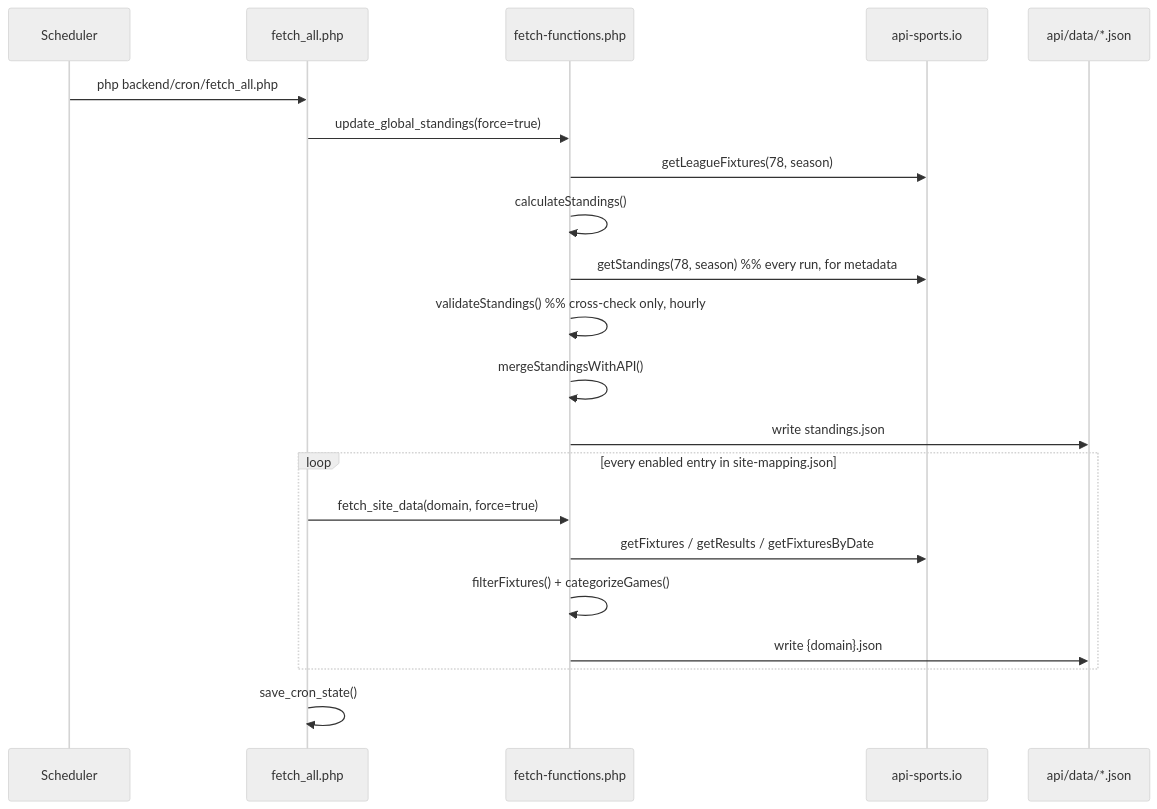
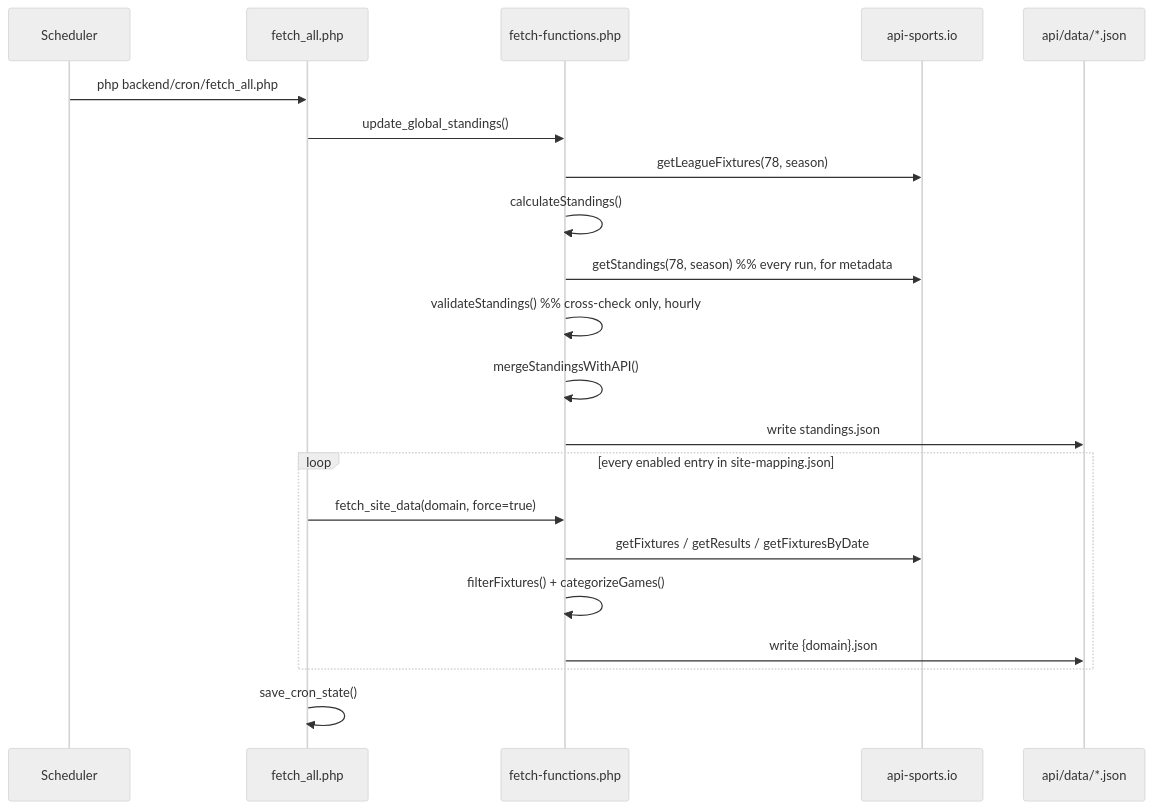
Before and after one commit to striberny/blwp: the second of 3 diagrams in docs/architecture.md, drawn with Mermaid (neutral theme). The commit also changed other lines of this file and 2 other files, not shown here.

Commit message:
docs: update for the removed standings schedule argument

````diff
--- a/docs/architecture.md
+++ b/docs/architecture.md
@@ -137,24 +137,24 @@
 ```mermaid
 sequenceDiagram
     participant TS as Scheduler
     participant CRON as fetch_all.php
     participant FF as fetch-functions.php
     participant API as api-sports.io
     participant FS as api/data/*.json
 
     TS->>CRON: php backend/cron/fetch_all.php
-    CRON->>FF: update_global_standings(force=true)
+    CRON->>FF: update_global_standings()
     FF->>API: getLeagueFixtures(78, season)
     FF->>FF: calculateStandings()
     FF->>API: getStandings(78, season)   %% every run, for metadata
     FF->>FF: validateStandings()         %% cross-check only, hourly
     FF->>FF: mergeStandingsWithAPI()
     FF->>FS: write standings.json
     loop every enabled entry in site-mapping.json
         CRON->>FF: fetch_site_data(domain, force=true)
         FF->>API: getFixtures / getResults / getFixturesByDate
         FF->>FF: filterFixtures() + categorizeGames()
         FF->>FS: write {domain}.json
     end
     CRON->>CRON: save_cron_state()
 ```
````
